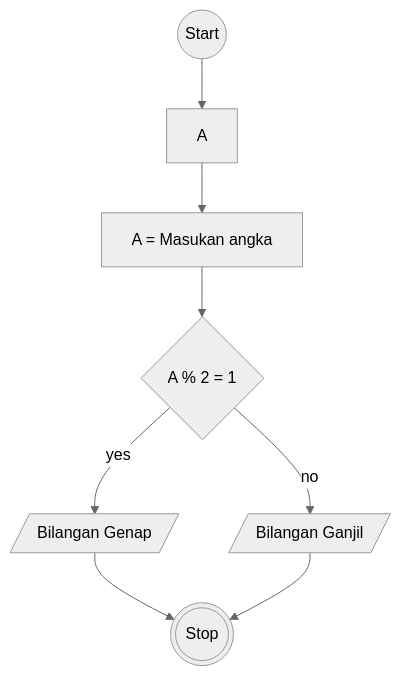
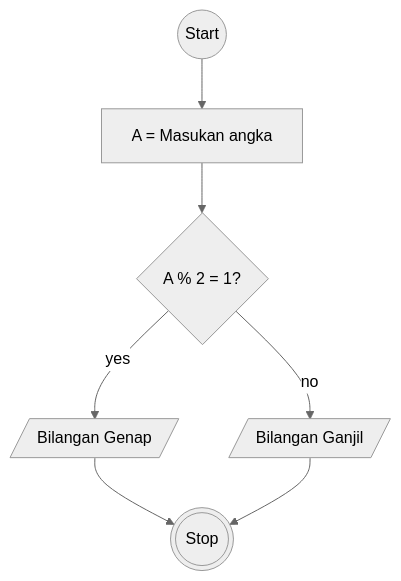
The diagram in flowchart-ganjil-genap.md (Vincentius31/koda-b6-algoritma), drawn with Mermaid (neutral theme) before and after one commit.

````diff
--- a/flowchart-ganjil-genap.md
+++ b/flowchart-ganjil-genap.md
@@ -1,16 +1,15 @@
 ```mermaid
 flowchart TD
     id1((Start))
-    id2["A"]
     id3["A = Masukan angka"]
-    id4{A % 2 = 1}
+    id4{A % 2 = 1?}
     id5[/Bilangan Genap/]
     id6[/Bilangan Ganjil/]
     id7(((Stop)))
 
 
-    id1 --> id2 --> id3 --> id4 -- yes --> id5
+    id1 --> id3 --> id4 -- yes --> id5
     id4 -- no --> id6
     id5 & id6 --> id7
 
 ```
````
